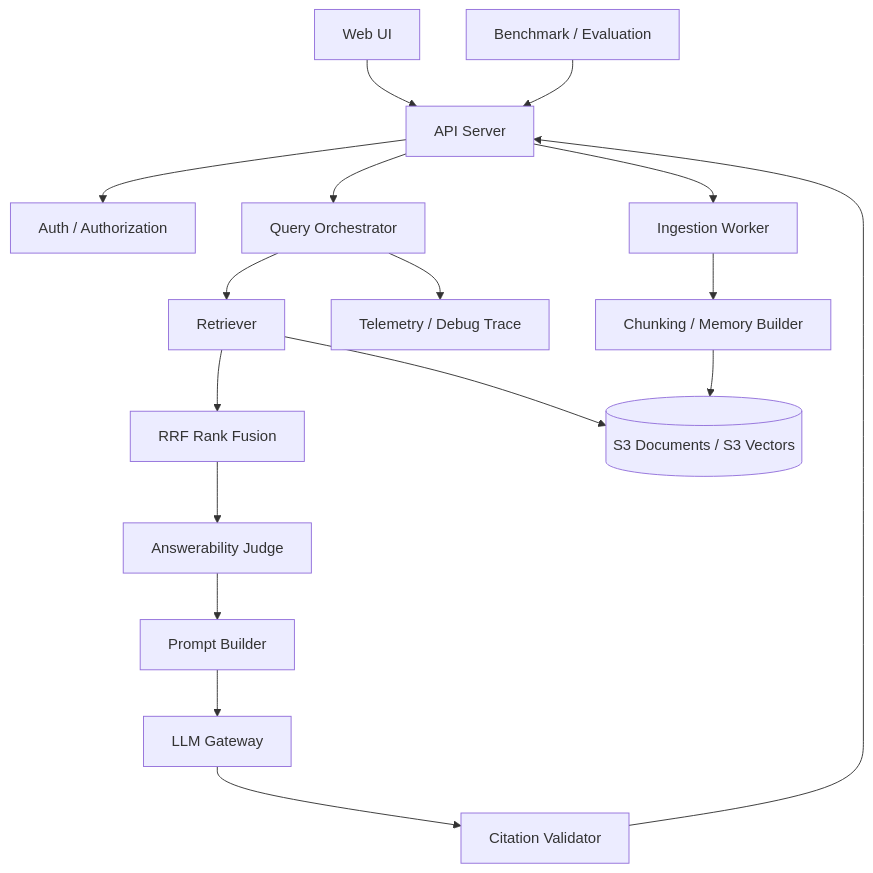
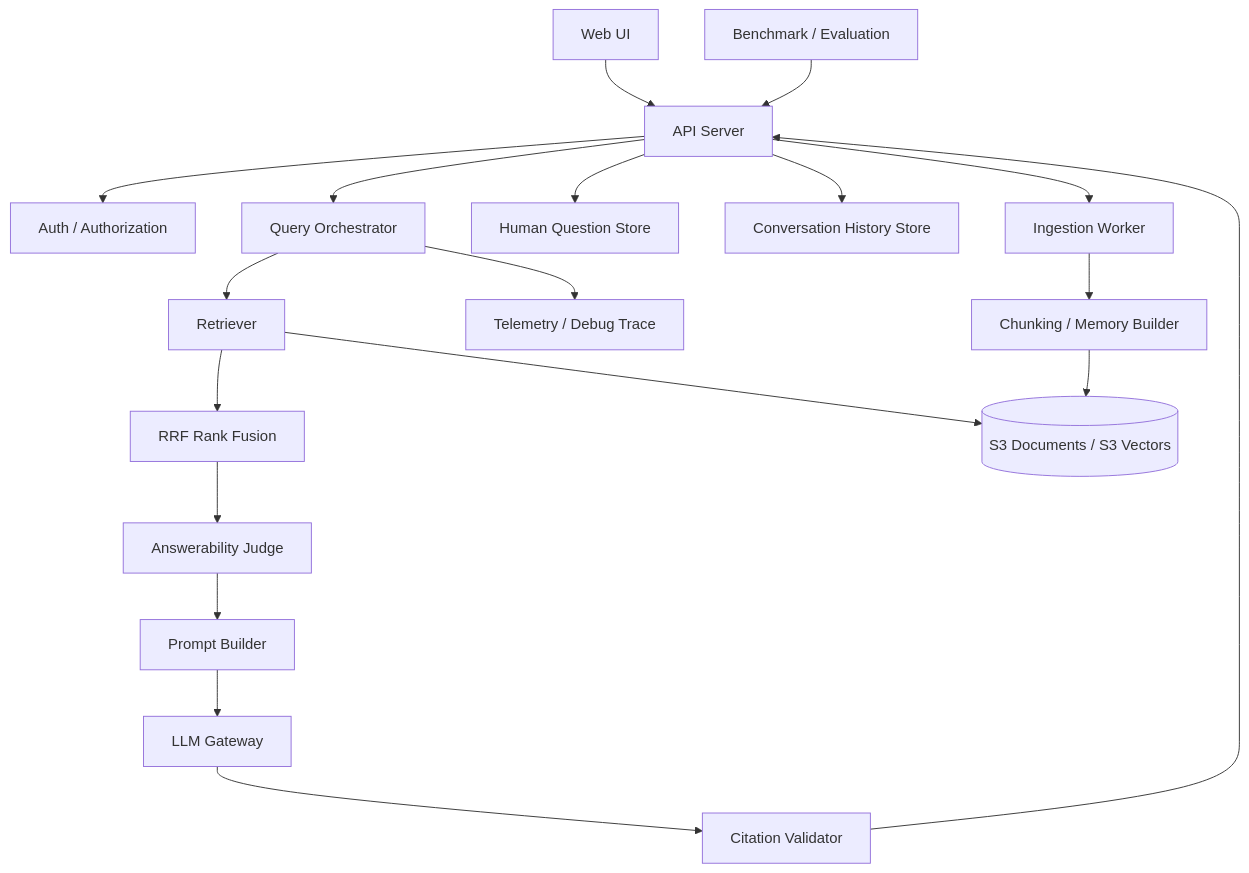
Before and after one commit to tsuji-tomonori/rag-assist: the first of 2 diagrams in memorag-bedrock-mvp/docs/2_アーキテクチャ_ARC/11_ビュー_VIEW/ARC_VIEW_001.md, drawn with Mermaid. The commit also changed other lines of this file and 14 other files, not shown here.

````diff
--- a/memorag-bedrock-mvp/docs/2_アーキテクチャ_ARC/11_ビュー_VIEW/ARC_VIEW_001.md
+++ b/memorag-bedrock-mvp/docs/2_アーキテクチャ_ARC/11_ビュー_VIEW/ARC_VIEW_001.md
@@ -18,35 +18,39 @@
 ```mermaid
 flowchart TB
   Web[Web UI]
   Api[API Server]
   Auth[Auth / Authorization]
   Orchestrator[Query Orchestrator]
   Retriever[Retriever]
   Fusion[RRF Rank Fusion]
   Judge[Answerability Judge]
   Prompt[Prompt Builder]
   Llm[LLM Gateway]
   Citation[Citation Validator]
   Eval[Benchmark / Evaluation]
   Trace[Telemetry / Debug Trace]
+  Questions[Human Question Store]
+  History[Conversation History Store]
   Ingest[Ingestion Worker]
   Chunk[Chunking / Memory Builder]
   Store[(S3 Documents / S3 Vectors)]
 
   Web --> Api
   Api --> Auth
   Api --> Orchestrator
   Orchestrator --> Retriever
   Retriever --> Fusion
   Fusion --> Judge
   Judge --> Prompt
   Prompt --> Llm
   Llm --> Citation
   Citation --> Api
   Orchestrator --> Trace
+  Api --> Questions
+  Api --> History
   Eval --> Api
   Api --> Ingest
   Ingest --> Chunk
   Chunk --> Store
   Retriever --> Store
 ```
````
